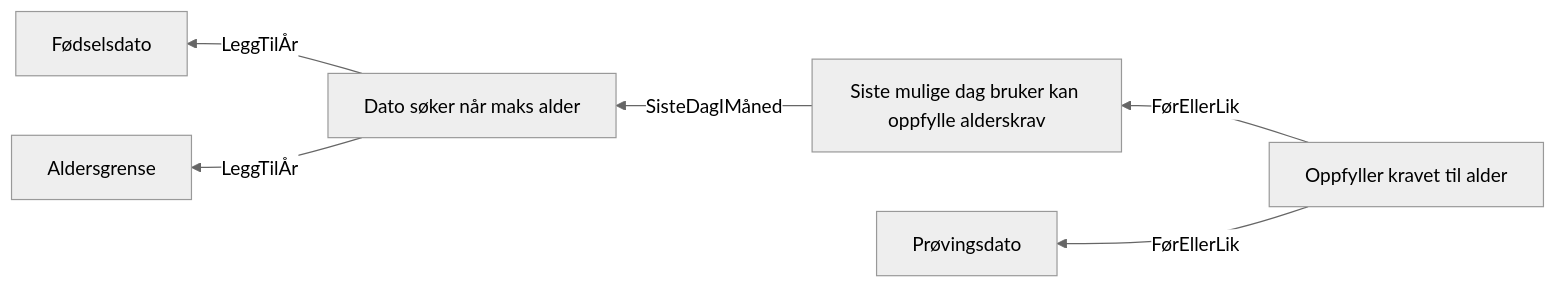
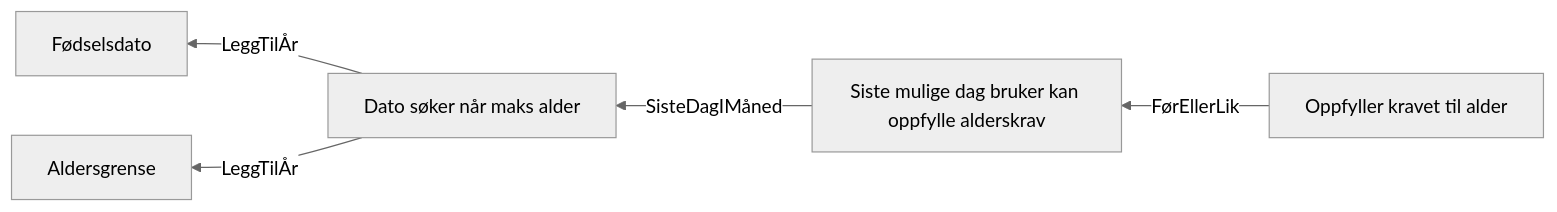
One commit to navikt/dp-behandling changed the diagram in docs/regler/§ 4-23. Bortfall på grunn av alder.approved.md. Above: the diagram before and after it, drawn with Mermaid (neutral theme). The commit also changed other lines of this file and 39 other files, not shown here.

````diff
--- a/docs/regler/§ 4-23. Bortfall på grunn av alder.approved.md
+++ b/docs/regler/§ 4-23. Bortfall på grunn av alder.approved.md
@@ -5,8 +5,7 @@
 ```mermaid
 graph RL
   A["Dato søker når maks alder"] -->|"LeggTilÅr"| B["Fødselsdato"]
   A["Dato søker når maks alder"] -->|"LeggTilÅr"| C["Aldersgrense"]
   D["Siste mulige dag bruker kan oppfylle alderskrav"] -->|"SisteDagIMåned"| A["Dato søker når maks alder"]
-  E["Oppfyller kravet til alder"] -->|"FørEllerLik"| F["Prøvingsdato"]
   E["Oppfyller kravet til alder"] -->|"FørEllerLik"| D["Siste mulige dag bruker kan oppfylle alderskrav"]
 ```
````
